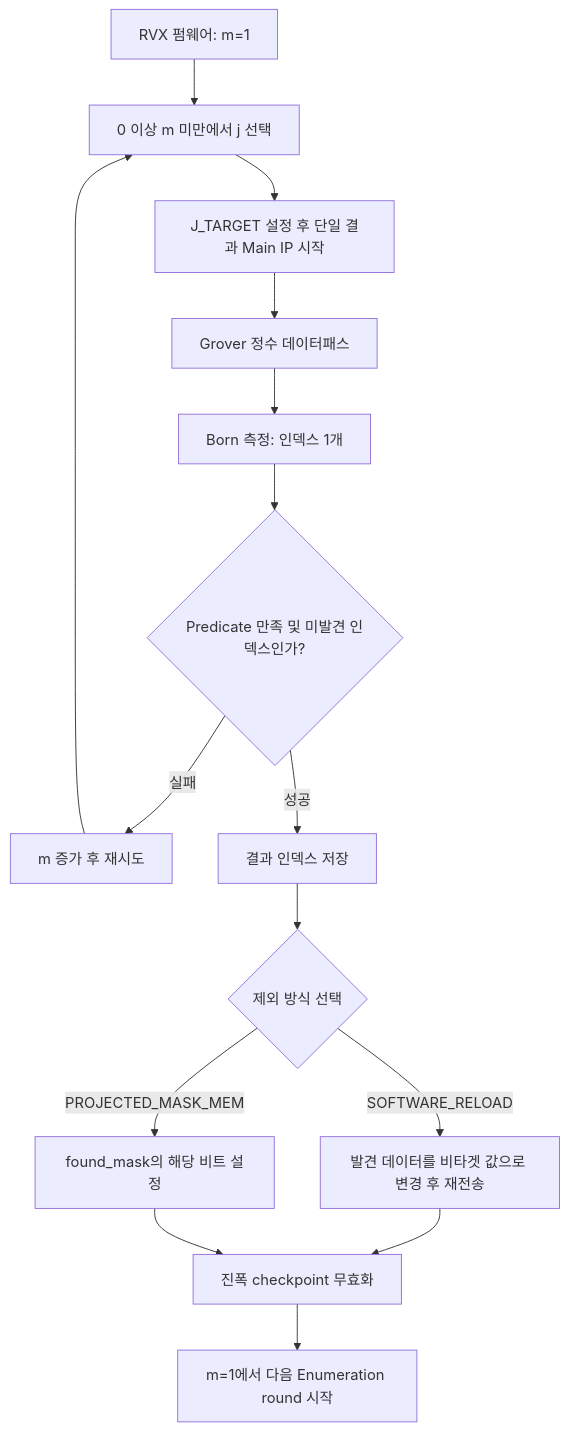
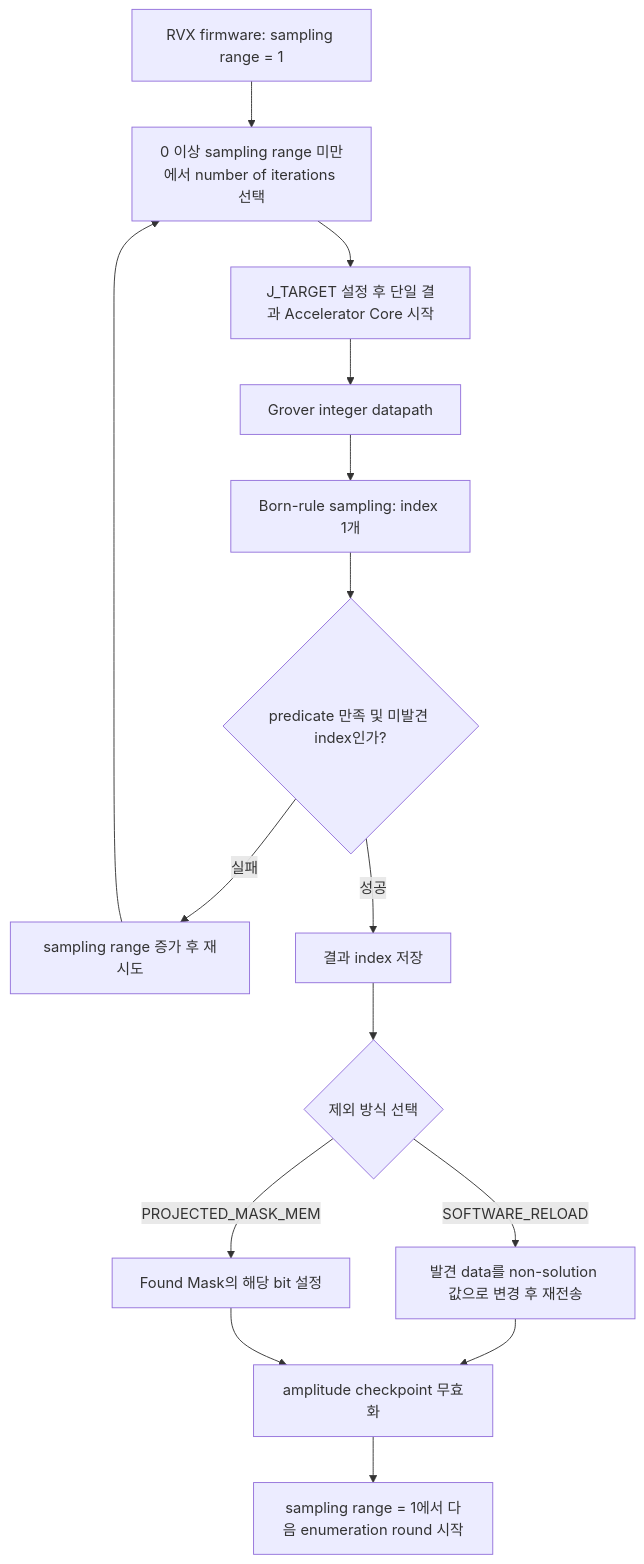
One commit to Git-Junsang/Quantum-Grover changed the diagram in documents/design_references/diagrams/src/enum_two_modes.mmd. Above: the diagram before and after it, drawn with Mermaid. The commit also changed 3854 other files, not shown here.

```diff
--- a/documents/design_references/diagrams/src/enum_two_modes.mmd
+++ b/documents/design_references/diagrams/src/enum_two_modes.mmd
@@ -1,15 +1,15 @@
 flowchart TD
-    A["RVX 펌웨어: m=1"] --> B["0 이상 m 미만에서 j 선택"]
-    B --> C["J_TARGET 설정 후 단일 결과 Main IP 시작"]
-    C --> D["Grover 정수 데이터패스"]
-    D --> E["Born 측정: 인덱스 1개"]
-    E --> F{"Predicate 만족 및 미발견 인덱스인가?"}
-    F -->|실패| G["m 증가 후 재시도"]
+    A["RVX firmware: sampling range = 1"] --> B["0 이상 sampling range 미만에서 number of iterations 선택"]
+    B --> C["J_TARGET 설정 후 단일 결과 Accelerator Core 시작"]
+    C --> D["Grover integer datapath"]
+    D --> E["Born-rule sampling: index 1개"]
+    E --> F{"predicate 만족 및 미발견 index인가?"}
+    F -->|실패| G["sampling range 증가 후 재시도"]
     G --> B
-    F -->|성공| H["결과 인덱스 저장"]
+    F -->|성공| H["결과 index 저장"]
     H --> I{"제외 방식 선택"}
-    I -->|SOFTWARE_RELOAD| J["발견 데이터를 비타겟 값으로 변경 후 재전송"]
-    I -->|PROJECTED_MASK_MEM| K["found_mask의 해당 비트 설정"]
-    J --> L["진폭 checkpoint 무효화"]
+    I -->|SOFTWARE_RELOAD| J["발견 data를 non-solution 값으로 변경 후 재전송"]
+    I -->|PROJECTED_MASK_MEM| K["Found Mask의 해당 bit 설정"]
+    J --> L["amplitude checkpoint 무효화"]
     K --> L
-    L --> M["m=1에서 다음 Enumeration round 시작"]
+    L --> M["sampling range = 1에서 다음 enumeration round 시작"]
```
